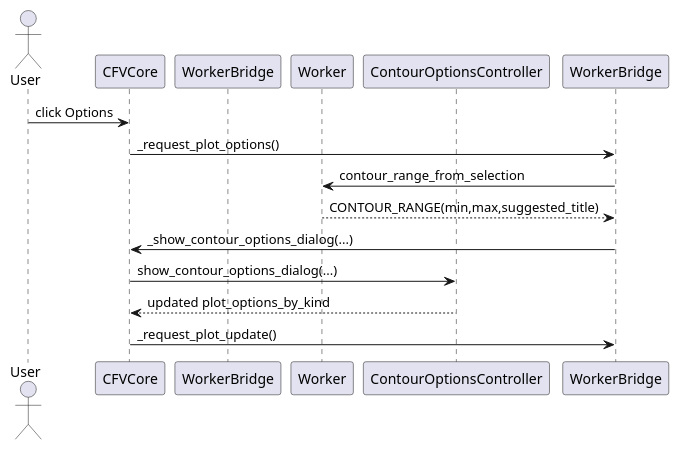
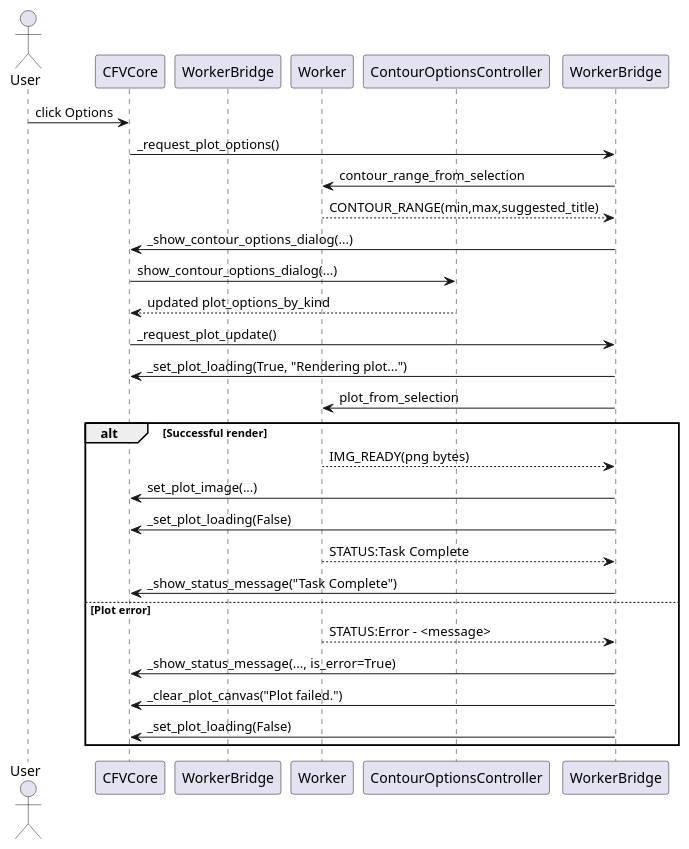
Before and after one commit to NCAS-CMS/xconv2: the diagram in docs/uml/core_window_phase3_options_sequence.puml, drawn with PlantUML. The commit also changed 1 other file, not shown here.

Commit message:
Updated relevant UML

```diff
--- a/docs/uml/core_window_phase3_options_sequence.puml
+++ b/docs/uml/core_window_phase3_options_sequence.puml
@@ -1,16 +1,31 @@
 @startuml CoreWindowPhase3OptionsSequence
 actor User
 participant CFVCore
 participant WorkerBridge as CFVMain
 participant Worker
 participant ContourOptionsController as OptionsCtrl
 
 User -> CFVCore : click Options
 CFVCore -> WorkerBridge : _request_plot_options()
 WorkerBridge -> Worker : contour_range_from_selection
 Worker --> WorkerBridge : CONTOUR_RANGE(min,max,suggested_title)
 WorkerBridge -> CFVCore : _show_contour_options_dialog(...)
 CFVCore -> OptionsCtrl : show_contour_options_dialog(...)
 OptionsCtrl --> CFVCore : updated plot_options_by_kind
 CFVCore -> WorkerBridge : _request_plot_update()
+WorkerBridge -> CFVCore : _set_plot_loading(True, "Rendering plot...")
+WorkerBridge -> Worker : plot_from_selection
+
+alt Successful render
+	Worker --> WorkerBridge : IMG_READY(png bytes)
+	WorkerBridge -> CFVCore : set_plot_image(...)
+	WorkerBridge -> CFVCore : _set_plot_loading(False)
+	Worker --> WorkerBridge : STATUS:Task Complete
+	WorkerBridge -> CFVCore : _show_status_message("Task Complete")
+else Plot error
+	Worker --> WorkerBridge : STATUS:Error - <message>
+	WorkerBridge -> CFVCore : _show_status_message(..., is_error=True)
+	WorkerBridge -> CFVCore : _clear_plot_canvas("Plot failed.")
+	WorkerBridge -> CFVCore : _set_plot_loading(False)
+end
 @enduml
```
